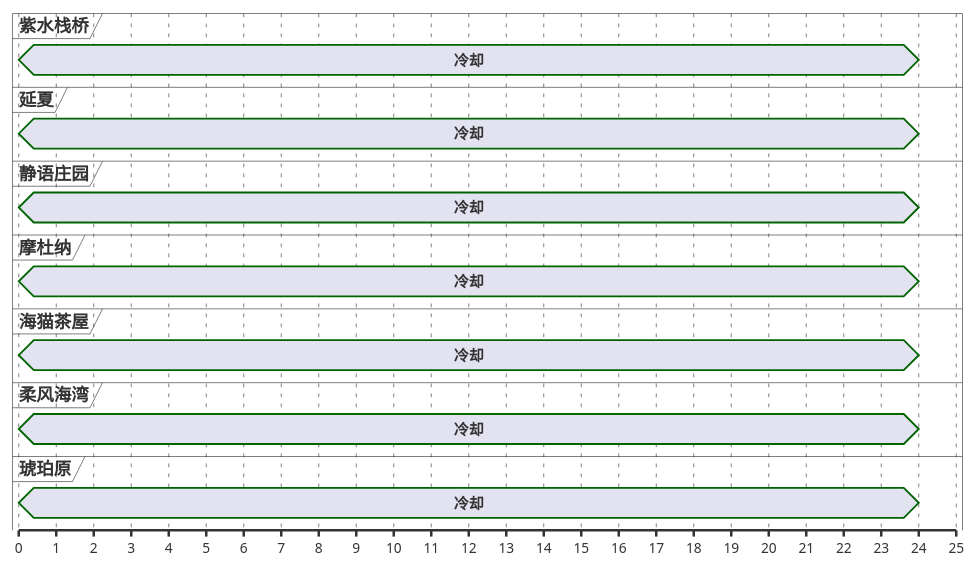
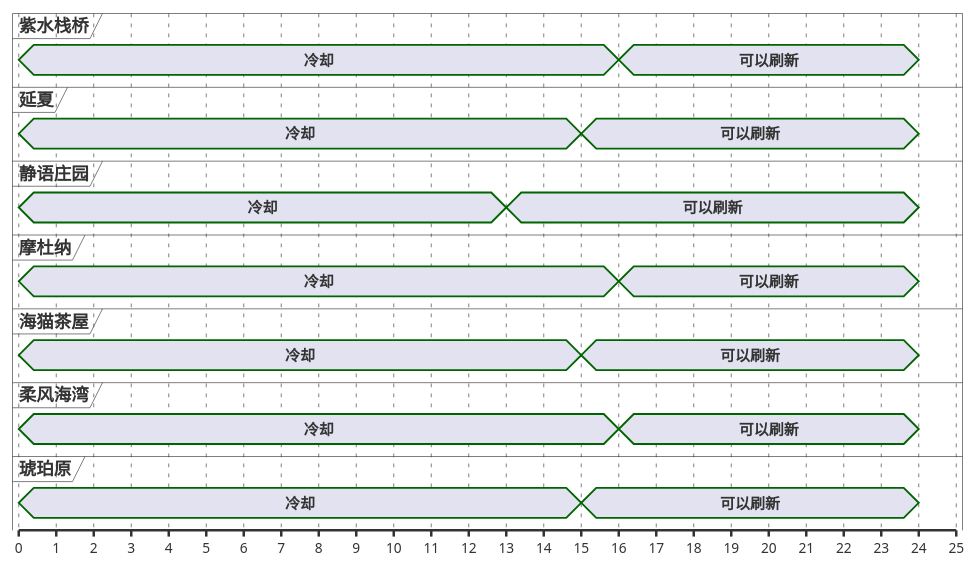
Before and after one commit to Eroleice/doc-pi: the third of 13 diagrams in ffxiv/hunt/2.0/Wulgaru.md, drawn with PlantUML. The commit also changed other lines of this file and 38 other files, not shown here.

````diff
--- a/ffxiv/hunt/2.0/Wulgaru.md
+++ b/ffxiv/hunt/2.0/Wulgaru.md
@@ -135,42 +150,49 @@
 ```plantuml
 @startuml
 scale 1 as 30 pixels
 
 concise 紫水栈桥
 concise 延夏
 concise 静语庄园
 concise 摩杜纳
 concise 海猫茶屋
 concise 柔风海湾
 concise 琥珀原
 
 @静语庄园
 0 is 冷却
+13 is 可以刷新
 24 is {hidden}
 
 @延夏
 0 is 冷却
+15 is 可以刷新
 24 is {hidden}
 
 @琥珀原
 0 is 冷却
+15 is 可以刷新
 24 is {hidden}
 
 @海猫茶屋
 0 is 冷却
+15 is 可以刷新
 24 is {hidden}
 
 @紫水栈桥
 0 is 冷却
+16 is 可以刷新
 24 is {hidden}
 
 @摩杜纳
 0 is 冷却
+16 is 可以刷新
 24 is {hidden}
 
 @柔风海湾
 0 is 冷却
+16 is 可以刷新
 24 is {hidden}
 
 @enduml
 ```
````
